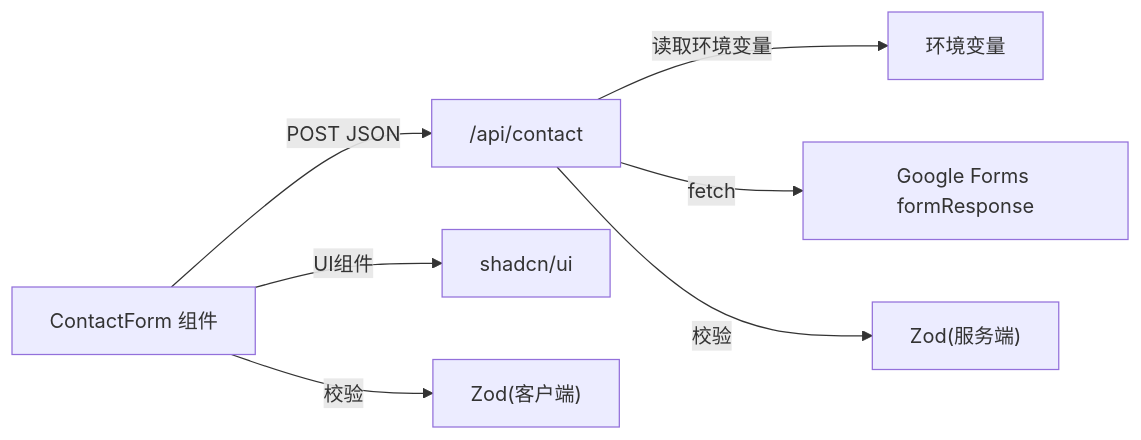
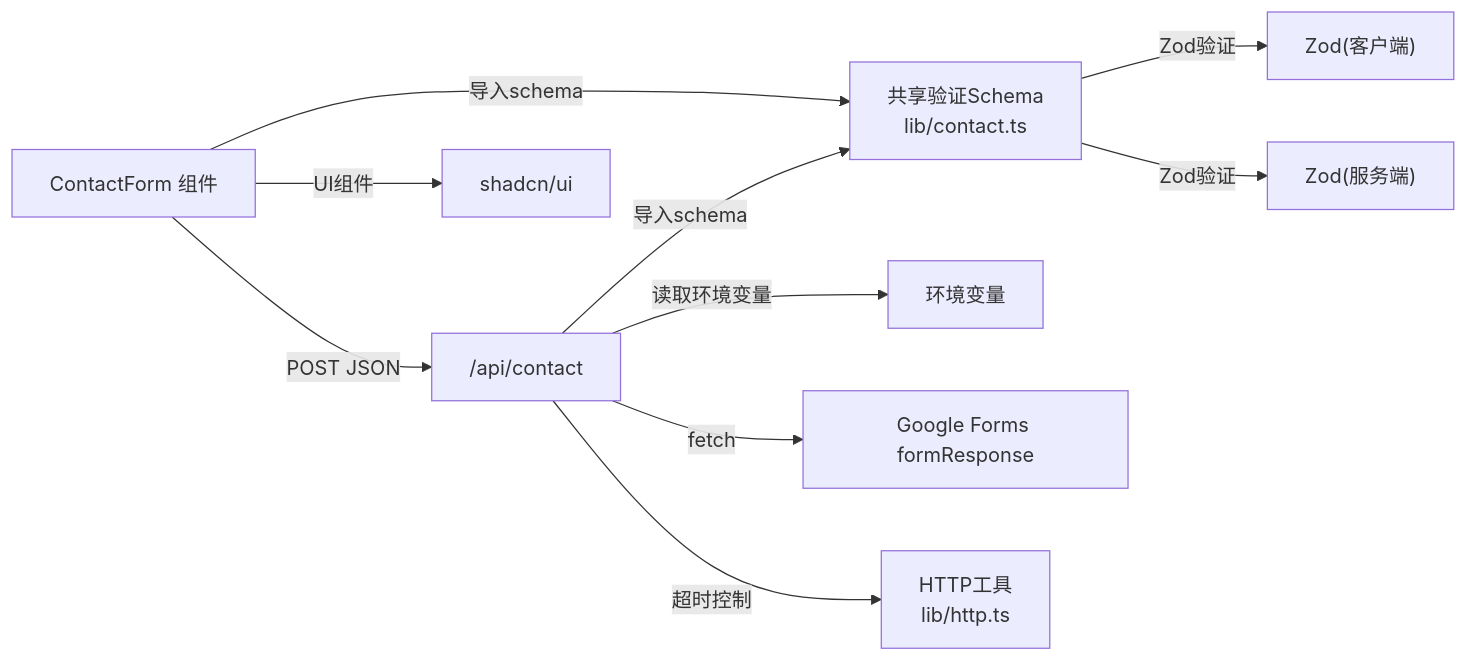
One commit to florianjsun/next-portfolio changed the third of 3 diagrams in .qoder/repowiki/zh/content/API接口文档/联系表单API.md. Above: the diagram before and after it, drawn with Mermaid. The commit also changed other lines of this file and 49 other files, not shown here.

````diff
--- a/.qoder/repowiki/zh/content/API接口文档/联系表单API.md
+++ b/.qoder/repowiki/zh/content/API接口文档/联系表单API.md
@@ -205,9 +258,12 @@
 ```mermaid
 graph LR
-CF["ContactForm 组件"] --> |POST JSON| API["/api/contact"]
+CF["ContactForm 组件"] --> |导入schema| SCHEMA["共享验证Schema<br/>lib/contact.ts"]
+CF --> |POST JSON| API["/api/contact"]
+API --> |导入schema| SCHEMA
 API --> |读取环境变量| ENV["环境变量"]
 API --> |fetch| GF["Google Forms formResponse"]
+API --> |超时控制| HTTP["HTTP工具<br/>lib/http.ts"]
 CF --> |UI组件| UI["shadcn/ui"]
-CF --> |校验| ZC["Zod(客户端)"]
-API --> |校验| ZA["Zod(服务端)"]
+SCHEMA --> |Zod验证| ZC["Zod(客户端)"]
+SCHEMA --> |Zod验证| ZA["Zod(服务端)"]
 ```
````
